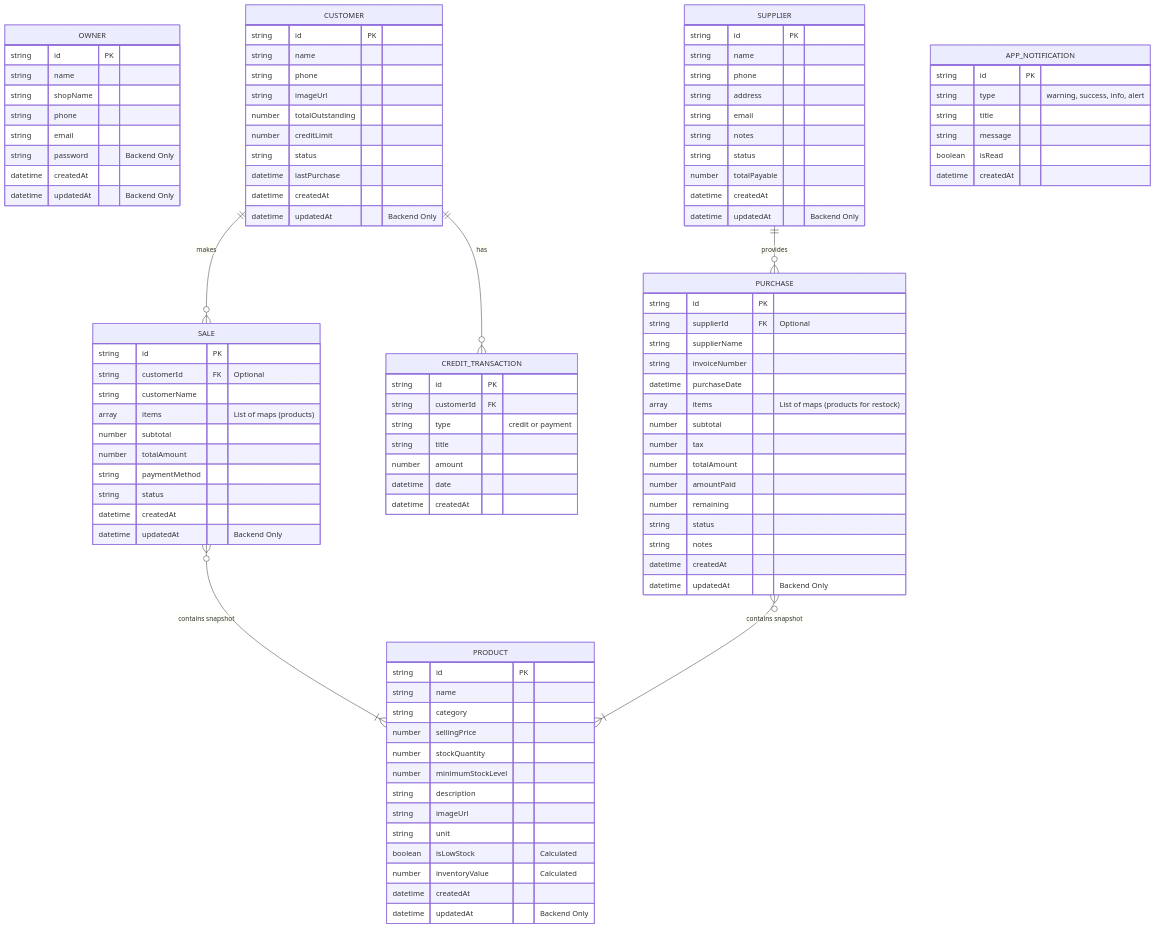
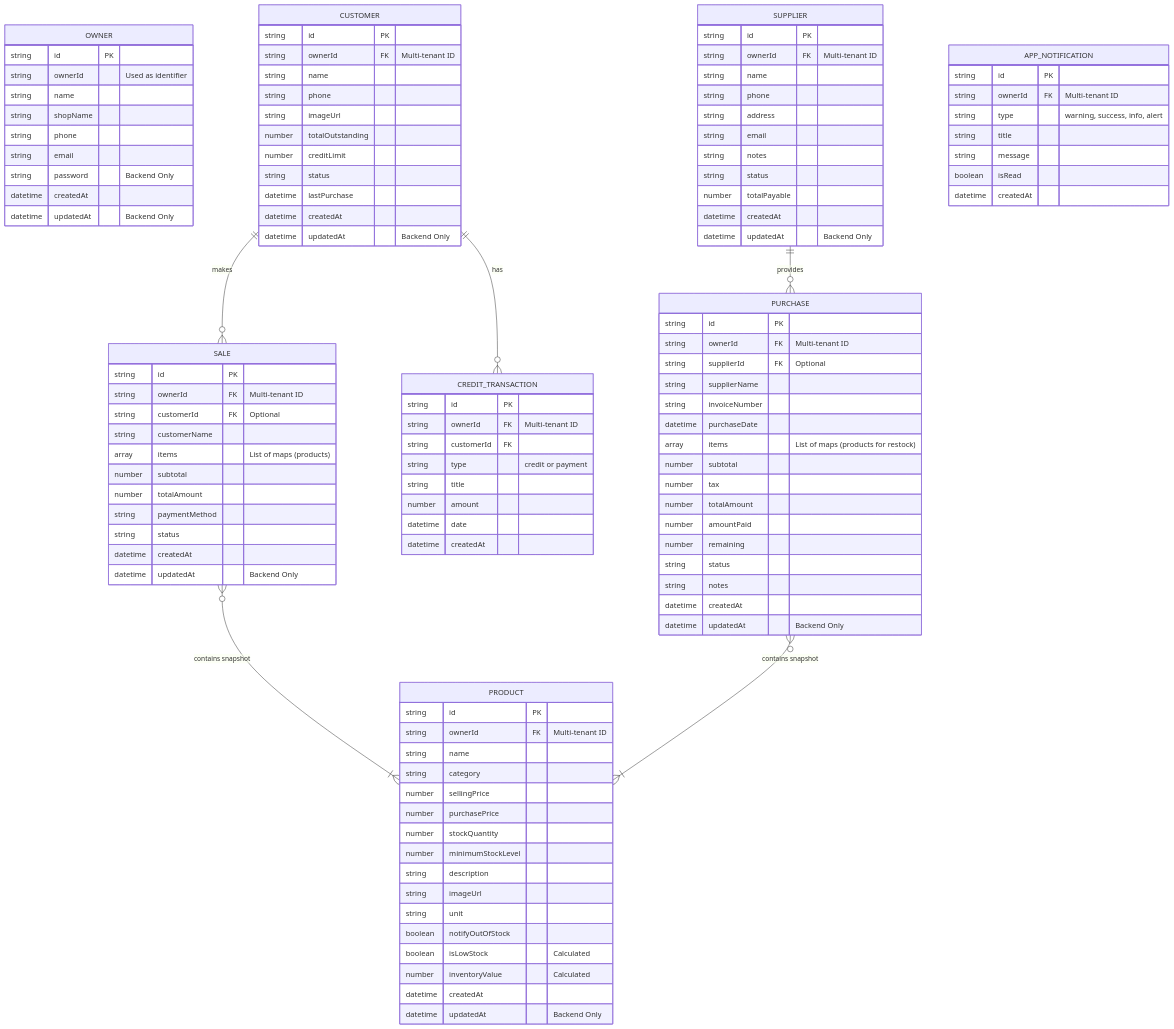
Before and after one commit to dilshan-code/ITP_KANDY_7: the diagram in Assets/er_diagram.md, drawn with Mermaid. The commit also changed other lines of this file and 10 other files, not shown here.

```diff
--- a/Assets/er_diagram.md
+++ b/Assets/er_diagram.md
@@ -9,6 +9,7 @@
     %% Entities
     OWNER {
         string id PK
+        string ownerId "Used as identifier"
         string name
         string shopName
         string phone
@@ -20,6 +21,7 @@
 
     CUSTOMER {
         string id PK
+        string ownerId FK "Multi-tenant ID"
         string name
         string phone
         string imageUrl
@@ -33,6 +35,7 @@
 
     SUPPLIER {
         string id PK
+        string ownerId FK "Multi-tenant ID"
         string name
         string phone
         string address
@@ -46,14 +49,17 @@
 
     PRODUCT {
         string id PK
+        string ownerId FK "Multi-tenant ID"
         string name
         string category
         number sellingPrice
+        number purchasePrice
         number stockQuantity
         number minimumStockLevel
         string description
         string imageUrl
         string unit
+        boolean notifyOutOfStock
         boolean isLowStock "Calculated"
         number inventoryValue "Calculated"
         datetime createdAt
@@ -62,6 +68,7 @@
 
     SALE {
         string id PK
+        string ownerId FK "Multi-tenant ID"
         string customerId FK "Optional"
         string customerName
         array items "List of maps (products)"
@@ -75,6 +82,7 @@
 
     PURCHASE {
         string id PK
+        string ownerId FK "Multi-tenant ID"
         string supplierId FK "Optional"
         string supplierName
         string invoiceNumber
@@ -93,6 +101,7 @@
 
     CREDIT_TRANSACTION {
         string id PK
+        string ownerId FK "Multi-tenant ID"
         string customerId FK
         string type "credit or payment"
         string title
@@ -103,6 +112,7 @@
 
     APP_NOTIFICATION {
         string id PK
+        string ownerId FK "Multi-tenant ID"
         string type "warning, success, info, alert"
         string title
         string message
```
